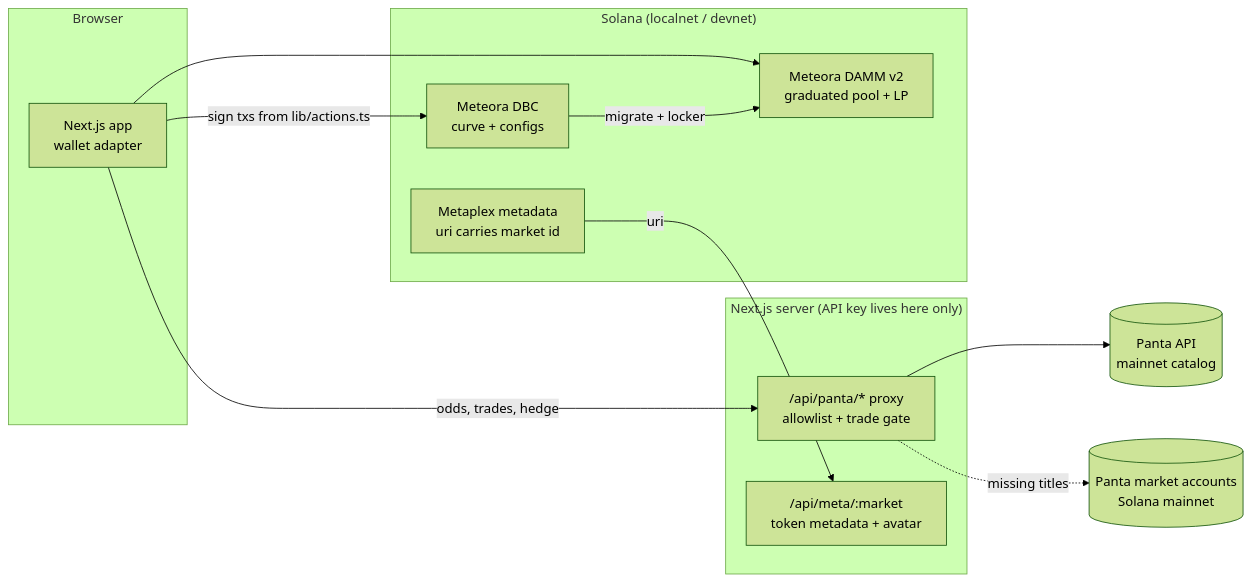
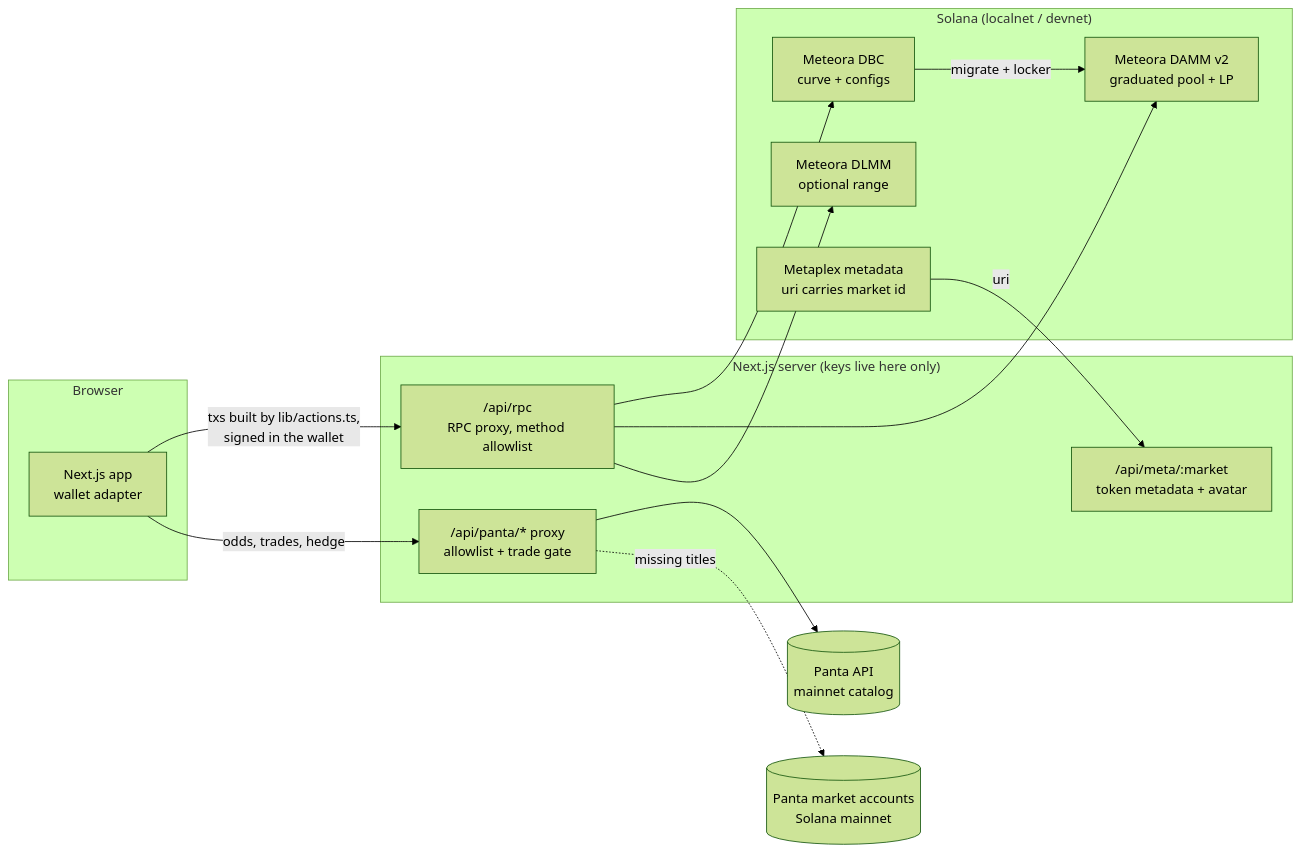
The diagram in README.md (anur4ag/catalyst-event-launchpad), drawn with Mermaid (forest theme) before and after one commit. The commit also changed other lines of this file and 1 other file, not shown here.

Commit message:
README: DLMM range and routing, RPC proxy

````diff
--- a/README.md
+++ b/README.md
@@ -13,24 +14,28 @@
 ```mermaid
 flowchart LR
   subgraph Browser
     UI[Next.js app<br/>wallet adapter]
   end
-  subgraph Server["Next.js server (API key lives here only)"]
+  subgraph Server["Next.js server (keys live here only)"]
     P["/api/panta/* proxy<br/>allowlist + trade gate"]
     M["/api/meta/:market<br/>token metadata + avatar"]
+    R["/api/rpc<br/>RPC proxy, method allowlist"]
   end
   subgraph Solana["Solana (localnet / devnet)"]
     DBC[Meteora DBC<br/>curve + configs]
     DAMM[Meteora DAMM v2<br/>graduated pool + LP]
+    DLMM[Meteora DLMM<br/>optional range]
     MPL[Metaplex metadata<br/>uri carries market id]
   end
   PANTA[(Panta API<br/>mainnet catalog)]
   CHAIN[(Panta market accounts<br/>Solana mainnet)]
 
-  UI -- "sign txs from lib/actions.ts" --> DBC
-  UI --> DAMM
+  UI -- "txs built by lib/actions.ts,<br/>signed in the wallet" --> R
+  R --> DBC
+  R --> DAMM
+  R --> DLMM
   UI -- "odds, trades, hedge" --> P --> PANTA
   P -. "missing titles" .-> CHAIN
   MPL -- "uri" --> M
   DBC -- "migrate + locker" --> DAMM
 ```
````
